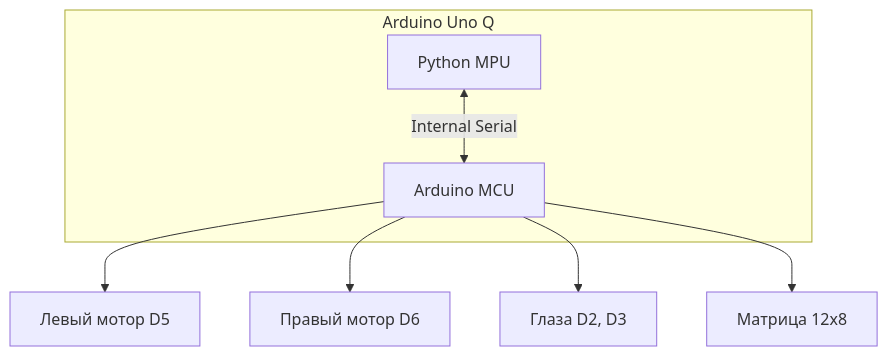
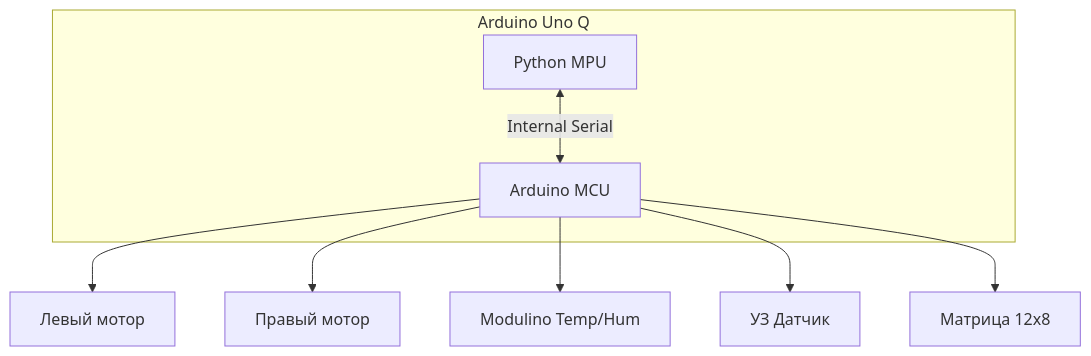
Before and after one commit to msveshnikov/agi-robot: the diagram in Habr.md, drawn with Mermaid. The commit also changed other lines of this file, not shown here.

````diff
--- a/Habr.md
+++ b/Habr.md
@@ -31,10 +31,11 @@
 ```mermaid
 graph TD
     subgraph Arduino Uno Q
         MPU[Python MPU] <-->|Internal Serial| MCU[Arduino MCU]
     end
-    MCU --> LeftMotor[Левый мотор D5]
-    MCU --> RightMotor[Правый мотор D6]
-    MCU --> Eyes[Глаза D2, D3]
+    MCU --> LeftMotor[Левый мотор]
+    MCU --> RightMotor[Правый мотор]
+    MCU --> Modulino[Modulino Temp/Hum]
+    MCU --> Sonar[УЗ Датчик]
     MCU --> Matrix[Матрица 12x8]
 ```
````
